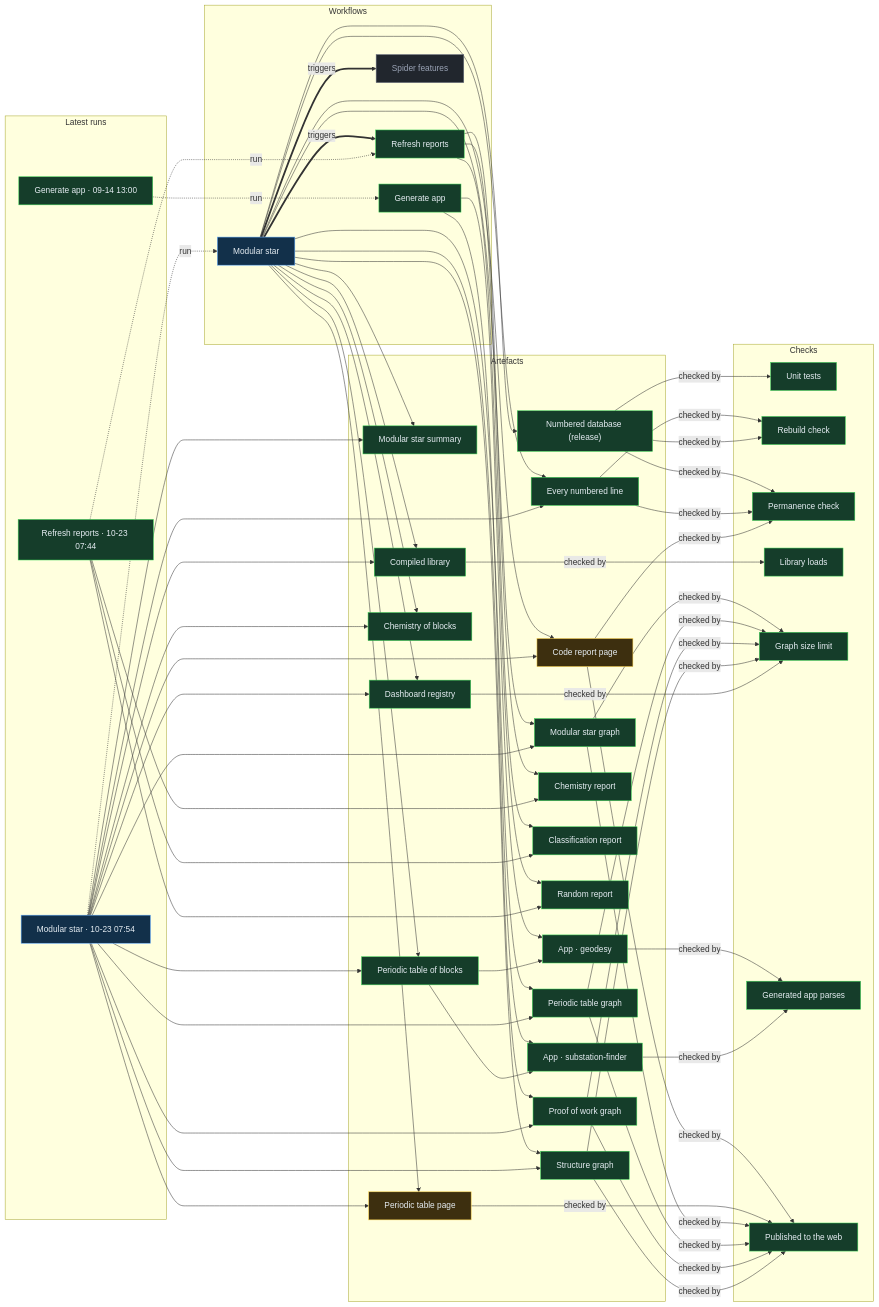
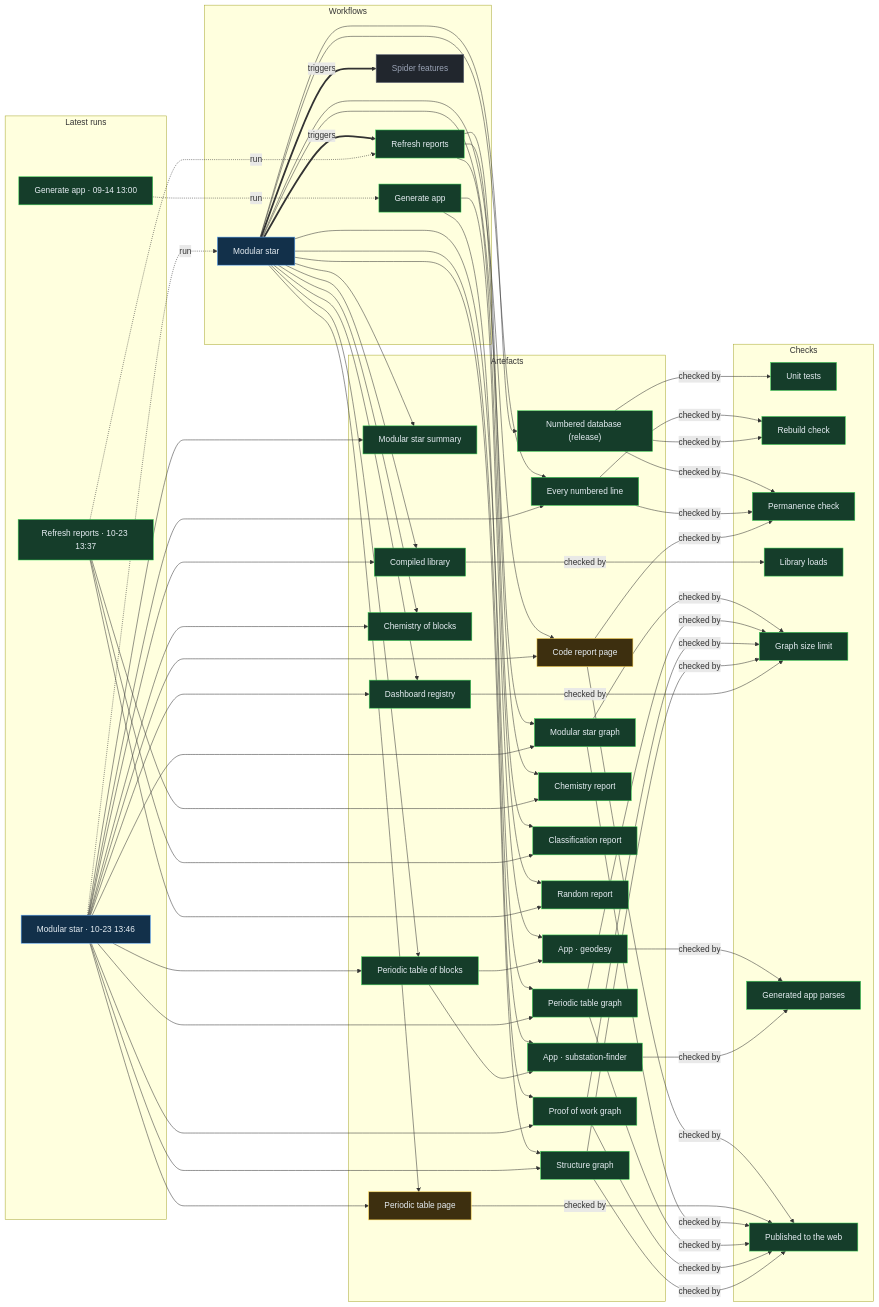
The diagram in proof/PROOF.md (Ventusltd/stars), drawn with Mermaid before and after one commit. The commit also changed other lines of this file and 44 other files, not shown here.

Commit message:
Modular star 2026-10-23T13:49Z

```diff
--- a/proof/PROOF.md
+++ b/proof/PROOF.md
@@ -24,8 +24,8 @@
   n_wf_spider_features["Spider features"]:::off
   end
   subgraph g_runs["Latest runs"]
-  n_run_39920896672["Modular star · 10-23 07:54"]:::live
-  n_run_39919783687["Refresh reports · 10-23 07:44"]:::ok
+  n_run_39964033493["Modular star · 10-23 13:46"]:::live
+  n_run_39962783175["Refresh reports · 10-23 13:37"]:::ok
   n_run_34846587798["Generate app · 09-14 13:00"]:::ok
   end
   subgraph g_artefacts["Artefacts"]
@@ -59,39 +59,39 @@
   end
   n_wf_modular_star == triggers ==> n_wf_refresh
   n_wf_modular_star == triggers ==> n_wf_spider_features
-  n_run_39920896672 -. run .-> n_wf_modular_star
-  n_run_39919783687 -. run .-> n_wf_refresh
+  n_run_39964033493 -. run .-> n_wf_modular_star
+  n_run_39962783175 -. run .-> n_wf_refresh
   n_run_34846587798 -. run .-> n_wf_generate
   n_wf_modular_star --> n_art_summary
-  n_run_39920896672 --> n_art_summary
+  n_run_39964033493 --> n_art_summary
   n_wf_modular_star --> n_art_lines
-  n_run_39920896672 --> n_art_lines
+  n_run_39964033493 --> n_art_lines
   n_wf_modular_star --> n_art_code
-  n_run_39920896672 --> n_art_code
+  n_run_39964033493 --> n_art_code
   n_wf_modular_star --> n_art_modular_graph
-  n_run_39920896672 --> n_art_modular_graph
+  n_run_39964033493 --> n_art_modular_graph
   n_wf_modular_star --> n_art_blocks
-  n_run_39920896672 --> n_art_blocks
+  n_run_39964033493 --> n_art_blocks
   n_wf_modular_star --> n_art_table
-  n_run_39920896672 --> n_art_table
+  n_run_39964033493 --> n_art_table
   n_wf_modular_star --> n_art_blocks_graph
-  n_run_39920896672 --> n_art_blocks_graph
+  n_run_39964033493 --> n_art_blocks_graph
   n_wf_modular_star --> n_art_reactions
-  n_run_39920896672 --> n_art_reactions
+  n_run_39964033493 --> n_art_reactions
   n_wf_modular_star --> n_art_library
-  n_run_39920896672 --> n_art_library
+  n_run_39964033493 --> n_art_library
   n_wf_modular_star --> n_art_features
-  n_run_39920896672 --> n_art_features
+  n_run_39964033493 --> n_art_features
   n_wf_modular_star --> n_art_proof
-  n_run_39920896672 --> n_art_proof
+  n_run_39964033493 --> n_art_proof
   n_wf_modular_star --> n_art_structure
-  n_run_39920896672 --> n_art_structure
+  n_run_39964033493 --> n_art_structure
   n_wf_refresh --> n_art_chemistry
-  n_run_39919783687 --> n_art_chemistry
+  n_run_39962783175 --> n_art_chemistry
   n_wf_refresh --> n_art_vedic
-  n_run_39919783687 --> n_art_vedic
+  n_run_39962783175 --> n_art_vedic
   n_wf_refresh --> n_art_random
-  n_run_39919783687 --> n_art_random
+  n_run_39962783175 --> n_art_random
   n_wf_modular_star --> n_art_release
   n_wf_generate --> n_app_geodesy
   n_art_blocks --> n_app_geodesy
```
